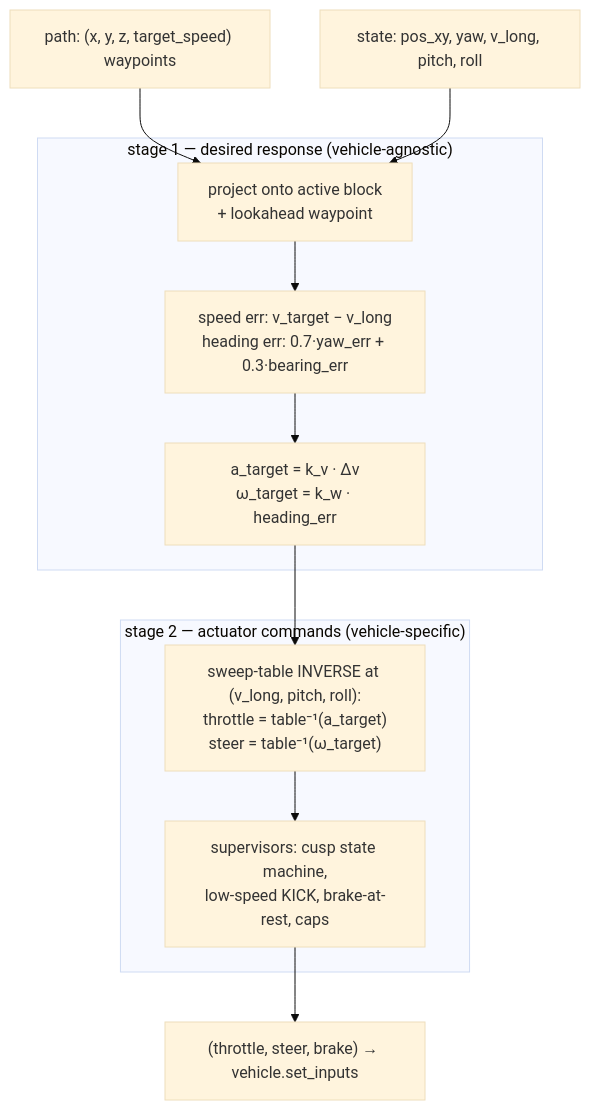
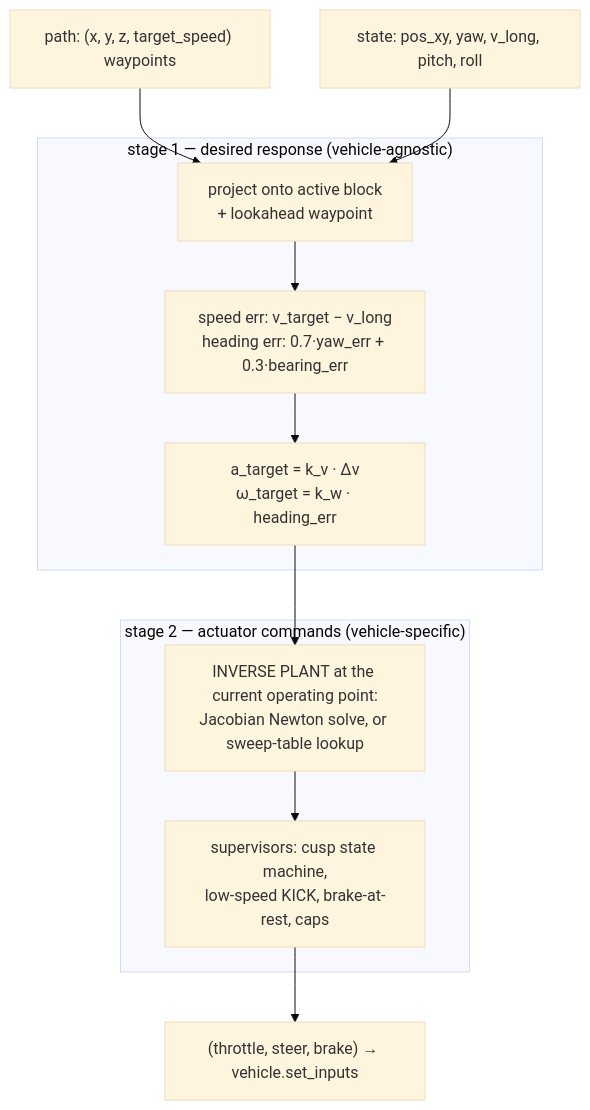
Before and after one commit to korfriend/GenesisVehicle: the third of 3 diagrams in docs/path-following.md, drawn with Mermaid (base theme). The commit also changed other lines of this file and 16 other files, not shown here.

````diff
--- a/docs/path-following.md
+++ b/docs/path-following.md
@@ -183,15 +363,15 @@
 ```mermaid
 flowchart TD
     P["path: (x, y, z, target_speed) waypoints"] --> G
     S["state: pos_xy, yaw, v_long, pitch, roll"] --> G
     subgraph one ["stage 1 — desired response (vehicle-agnostic)"]
         G["project onto active block<br/>+ lookahead waypoint"] --> E
         E["speed err: v_target − v_long<br/>heading err: 0.7·yaw_err + 0.3·bearing_err"] --> T
         T["a_target = k_v · Δv<br/>ω_target = k_w · heading_err"]
     end
     subgraph two ["stage 2 — actuator commands (vehicle-specific)"]
-        T --> I["sweep-table INVERSE at (v_long, pitch, roll):<br/>throttle = table⁻¹(a_target)<br/>steer = table⁻¹(ω_target)"]
+        T --> I["INVERSE PLANT at the current operating point:<br/>Jacobian Newton solve, or sweep-table lookup"]
         I --> K["supervisors: cusp state machine,<br/>low-speed KICK, brake-at-rest, caps"]
     end
     K --> O["(throttle, steer, brake) → vehicle.set_inputs"]
 ```
````
